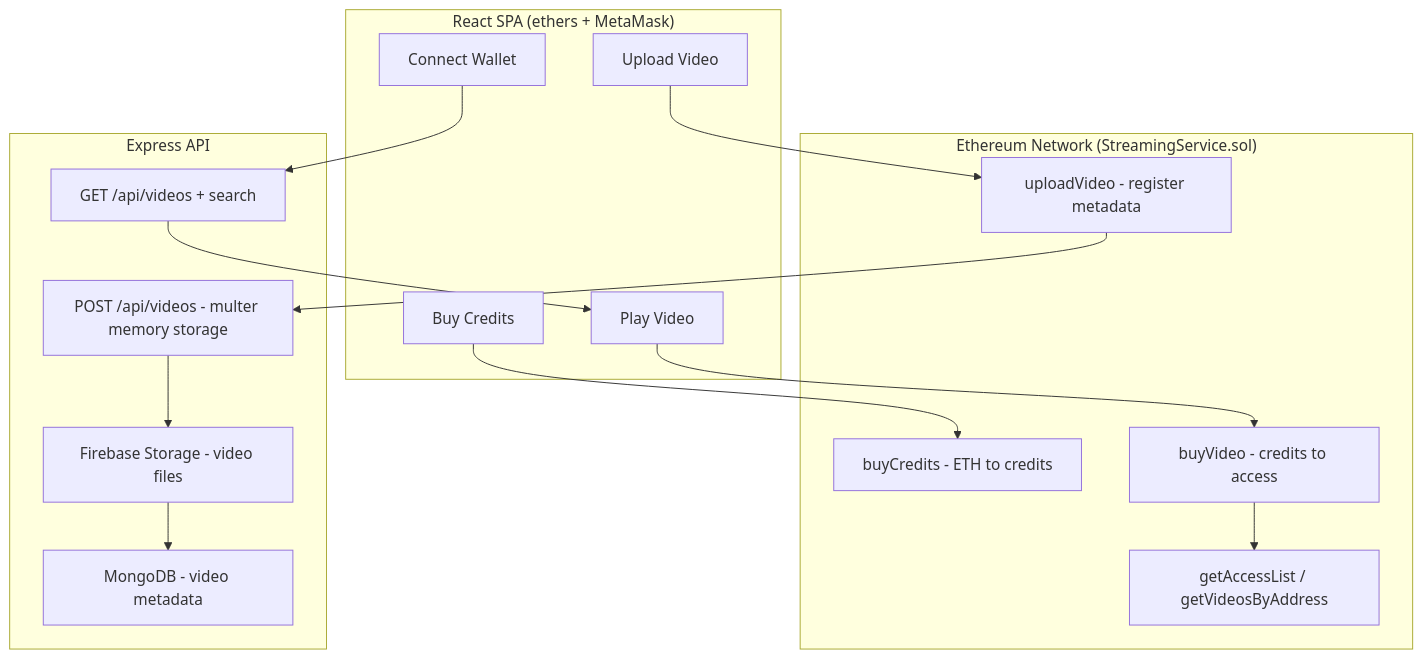
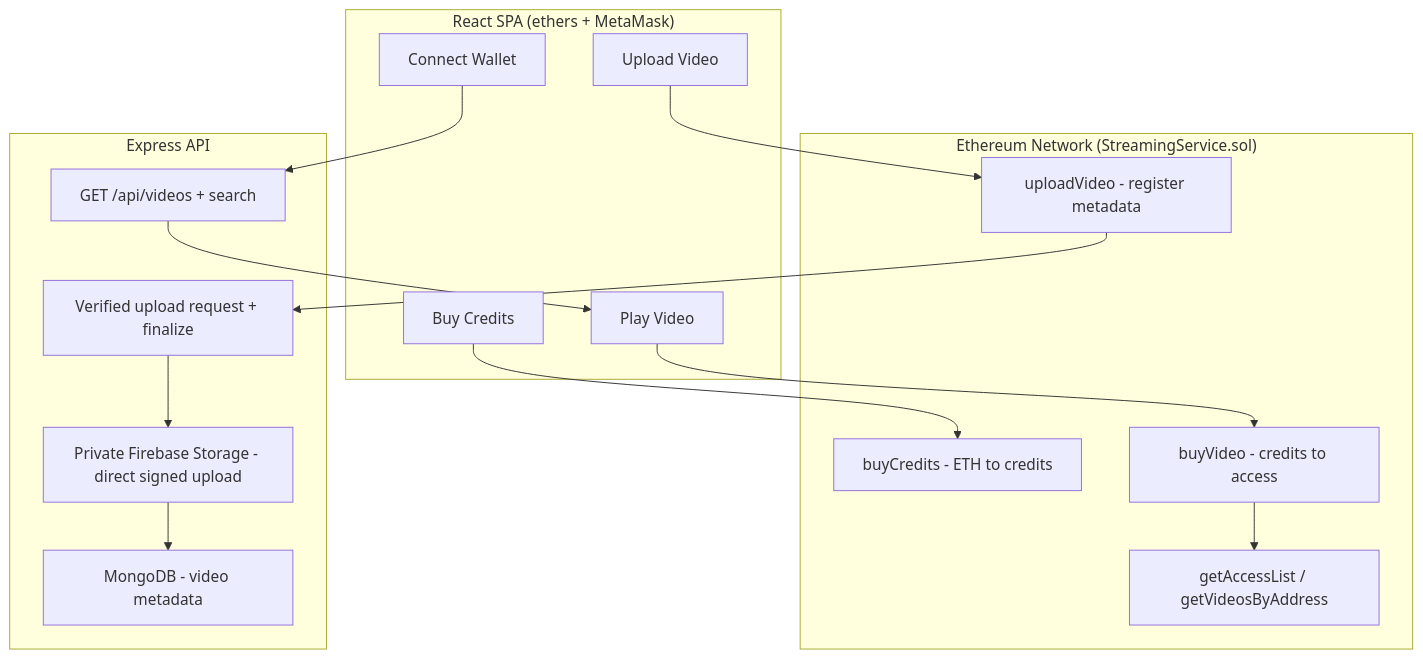
The diagram in README.md (TMystic/CryptoStream), drawn with Mermaid before and after one commit. The commit also changed other lines of this file and 42 other files, not shown here.

````diff
--- a/README.md
+++ b/README.md
@@ -41,28 +41,28 @@
 ```mermaid
 flowchart TD
     subgraph Client["React SPA (ethers + MetaMask)"]
         A[Connect Wallet]
         B[Upload Video]
         C[Buy Credits]
         D[Play Video]
     end
 
     subgraph Chain["Ethereum Network (StreamingService.sol)"]
         E[uploadVideo - register metadata]
         F[buyCredits - ETH to credits]
         G[buyVideo - credits to access]
         H[getAccessList / getVideosByAddress]
     end
 
     subgraph Server["Express API"]
-        I[POST /api/videos - multer memory storage]
-        J[Firebase Storage - video files]
+        I[Verified upload request + finalize]
+        J[Private Firebase Storage - direct signed upload]
         K[MongoDB - video metadata]
         L[GET /api/videos + search]
     end
 
     B --> E --> I --> J --> K
     C --> F
     D --> G --> H
     A --> L --> D
 ```
````
